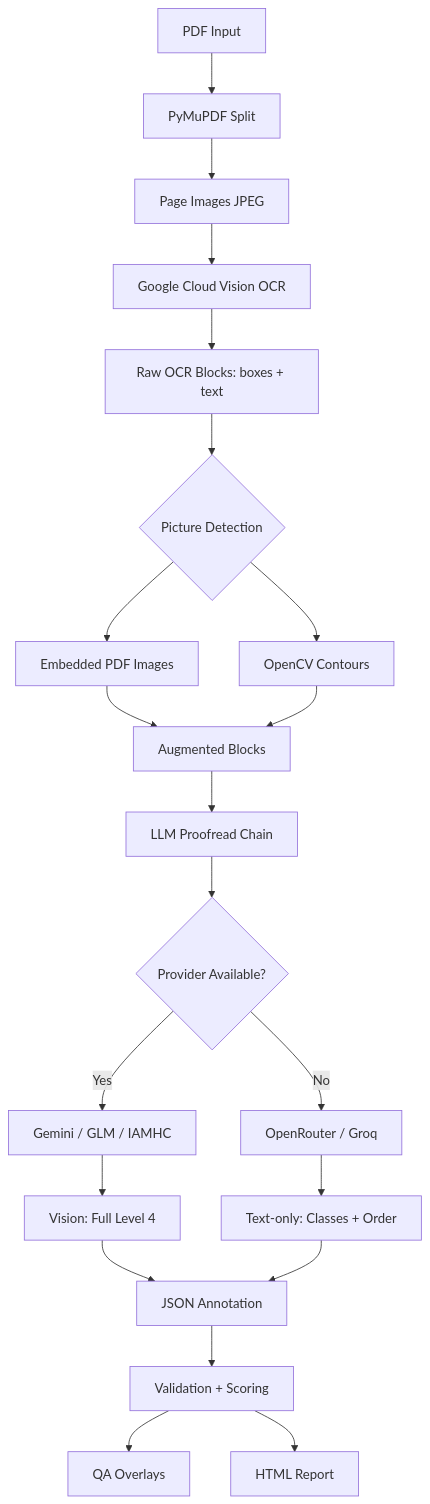
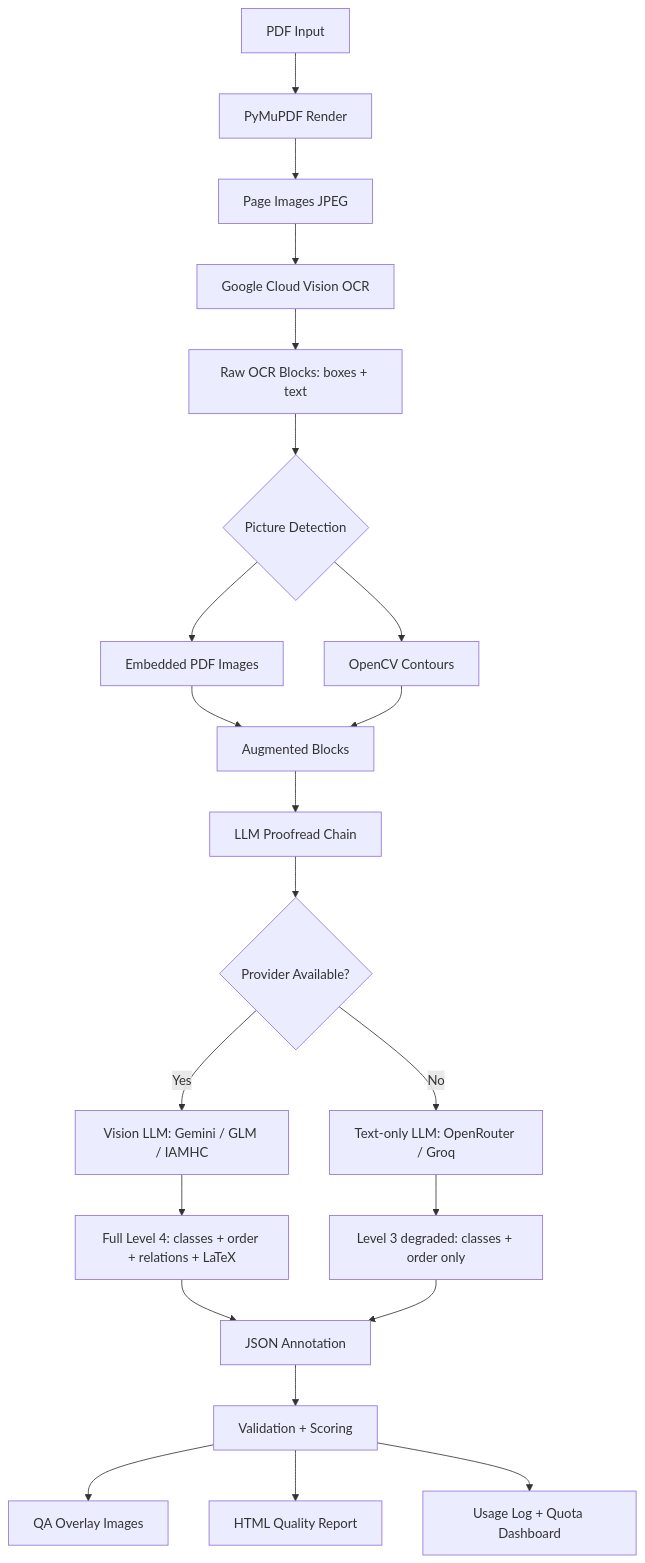
One commit to rai8053/indic-ocr-pipeline changed the first of 3 diagrams in README.md. Above: the diagram before and after it, drawn with Mermaid. The commit also changed other lines of this file, not shown here.

````diff
--- a/README.md
+++ b/README.md
@@ -72,23 +96,24 @@
 ```mermaid
 graph TD
-    A[PDF Input] --> B[PyMuPDF Split]
+    A[PDF Input] --> B[PyMuPDF Render]
     B --> C[Page Images JPEG]
     C --> D[Google Cloud Vision OCR]
     D --> E[Raw OCR Blocks: boxes + text]
     E --> F{Picture Detection}
     F --> G[Embedded PDF Images]
     F --> H[OpenCV Contours]
     G --> I[Augmented Blocks]
     H --> I
     I --> J[LLM Proofread Chain]
     J --> K{Provider Available?}
-    K -->|Yes| L[Gemini / GLM / IAMHC]
-    K -->|No| M[OpenRouter / Groq]
-    L --> N[Vision: Full Level 4]
-    M --> O[Text-only: Classes + Order]
+    K -->|Yes| L[Vision LLM: Gemini / GLM / IAMHC]
+    K -->|No| M[Text-only LLM: OpenRouter / Groq]
+    L --> N[Full Level 4: classes + order + relations + LaTeX]
+    M --> O[Level 3 degraded: classes + order only]
     N --> P[JSON Annotation]
     O --> P
     P --> Q[Validation + Scoring]
-    Q --> R[QA Overlays]
-    Q --> S[HTML Report]
+    Q --> R[QA Overlay Images]
+    Q --> S[HTML Quality Report]
+    Q --> T[Usage Log + Quota Dashboard]
 ```
````
